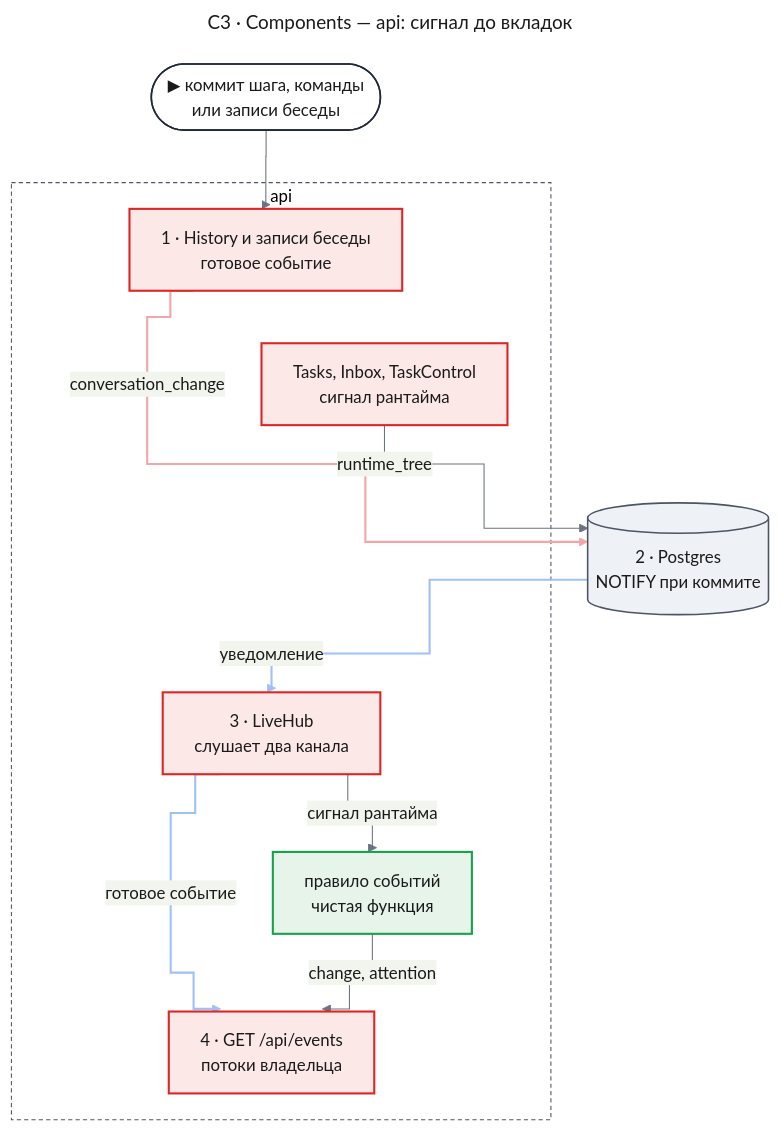
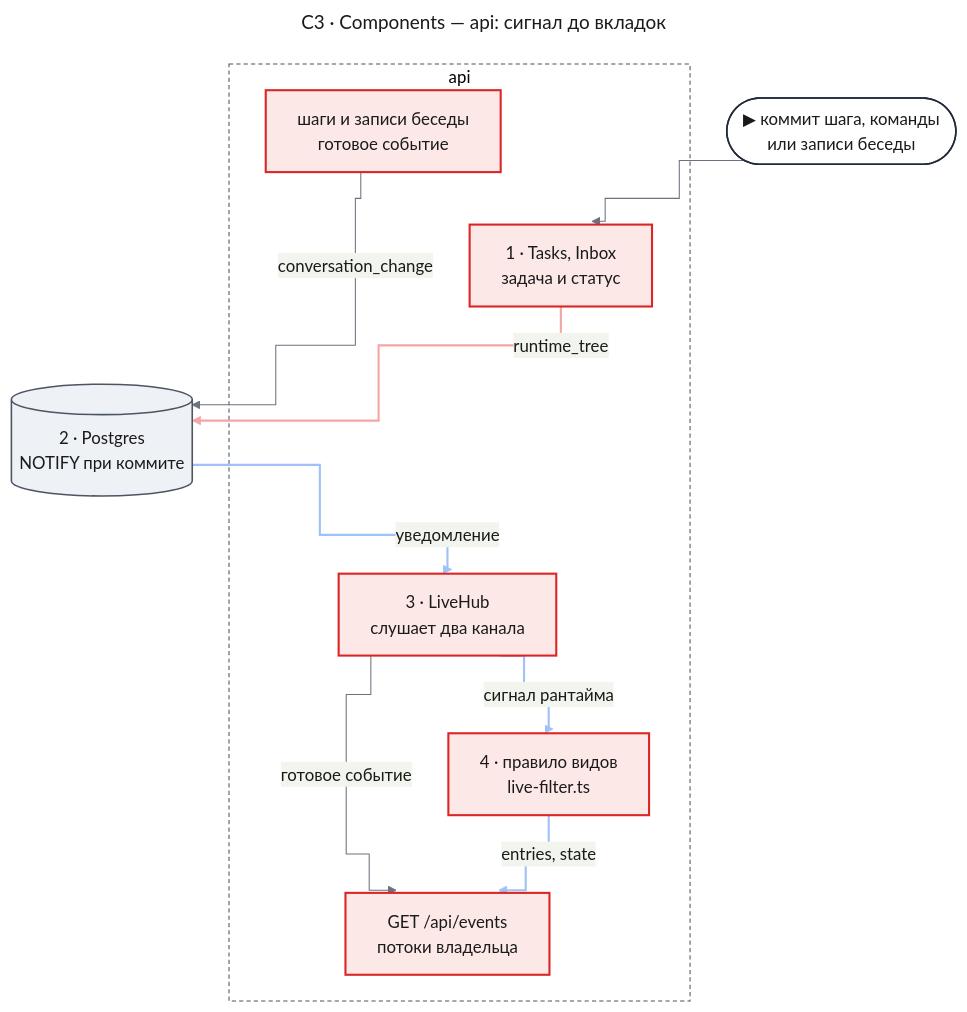
One commit to tundraray/agent-os changed the first of 6 diagrams in docs/features/live-feed/design-server.md. Above: the diagram before and after it, drawn with Mermaid. The commit also changed other lines of this file, not shown here.

Commit message:
docs: simplify the live feed server design

````diff
--- a/docs/features/live-feed/design-server.md
+++ b/docs/features/live-feed/design-server.md
@@ -137,52 +147,53 @@
 ```mermaid
 ---
 title: "C3 · Components — api: сигнал до вкладок"
 config:
   theme: base
   look: classic
   themeVariables:
     primaryColor: "#eef1f5"
     primaryBorderColor: "#4b5563"
     primaryTextColor: "#1a1a1a"
     lineColor: "#6b7280"
   flowchart:
     curve: step
   themeCSS: |
-    @keyframes lit_c3a{0%,30%{stroke:#991b1b;stroke-width:6px}33.3%,100%{stroke:#f4a5a5;stroke-width:2px}}
-    @keyframes litr_c3a{0%,30%{stroke:#1d4ed8;stroke-width:6px}33.3%,100%{stroke:#9ec1f7;stroke-width:2px}}
+    @keyframes lit_c3a{0%,22.5%{stroke:#991b1b;stroke-width:6px}25%,100%{stroke:#f4a5a5;stroke-width:2px}}
+    @keyframes litr_c3a{0%,22.5%{stroke:#1d4ed8;stroke-width:6px}25%,100%{stroke:#9ec1f7;stroke-width:2px}}
 ---
 flowchart TB
     entry(["▶ коммит шага, команды<br/>или записи беседы"])
     subgraph api["api"]
-        conv["1 · History и записи беседы<br/>готовое событие"]
-        tasks["Tasks, Inbox, TaskControl<br/>сигнал рантайма"]
+        conv["шаги и записи беседы<br/>готовое событие"]
+        tasks["1 · Tasks, Inbox<br/>задача и статус"]
         hub["3 · LiveHub<br/>слушает два канала"]
-        rule["правило событий<br/>чистая функция"]
-        sse["4 · GET /api/events<br/>потоки владельца"]
+        rule["4 · правило видов<br/>live-filter.ts"]
+        sse["GET /api/events<br/>потоки владельца"]
     end
     pg[("2 · Postgres<br/>NOTIFY при коммите")]
-    entry --> conv
+    entry --> tasks
     conv ~~~ tasks
-    conv e1@-->|"conversation_change"| pg
-    tasks -->|"runtime_tree"| pg
+    conv -->|"conversation_change"| pg
+    tasks e1@-->|"runtime_tree"| pg
     pg e2@-->|"уведомление"| hub
-    hub e3@-->|"готовое событие"| sse
-    hub -->|"сигнал рантайма"| rule
-    rule -->|"change, attention"| sse
+    hub e3@-->|"сигнал рантайма"| rule
+    rule e4@-->|"entries, state"| sse
+    hub -->|"готовое событие"| sse
     classDef entry fill:#ffffff,stroke:#1f2937,stroke-width:1.5px,color:#1a1a1a
     classDef changed fill:#fde8e8,stroke:#dc2626,stroke-width:2px,color:#1a1a1a
     classDef new fill:#e6f4ea,stroke:#16a34a,stroke-width:2px,color:#1a1a1a
     classDef unchanged fill:#eef1f5,stroke:#4b5563,stroke-width:1.5px,color:#1a1a1a
     classDef frame fill:none,stroke:#4b5563,stroke-width:1px,stroke-dasharray:4 3
-    classDef w1 stroke:#f4a5a5,stroke-width:2px,animation:lit_c3a 3.6s linear 0s infinite
-    classDef r2 stroke:#9ec1f7,stroke-width:2px,animation:litr_c3a 3.6s linear 1.2s infinite
-    classDef r3 stroke:#9ec1f7,stroke-width:2px,animation:litr_c3a 3.6s linear 2.4s infinite
+    classDef w1 stroke:#f4a5a5,stroke-width:2px,animation:lit_c3a 4.8s linear 0s infinite
+    classDef r2 stroke:#9ec1f7,stroke-width:2px,animation:litr_c3a 4.8s linear 1.2s infinite
+    classDef r3 stroke:#9ec1f7,stroke-width:2px,animation:litr_c3a 4.8s linear 2.4s infinite
+    classDef r4 stroke:#9ec1f7,stroke-width:2px,animation:litr_c3a 4.8s linear 3.6s infinite
     class entry entry
-    class conv,tasks,hub,sse changed
-    class rule new
+    class tasks,conv,hub,rule,sse changed
     class pg unchanged
     class api frame
     class e1 w1
     class e2 r2
     class e3 r3
+    class e4 r4
 ```
````
